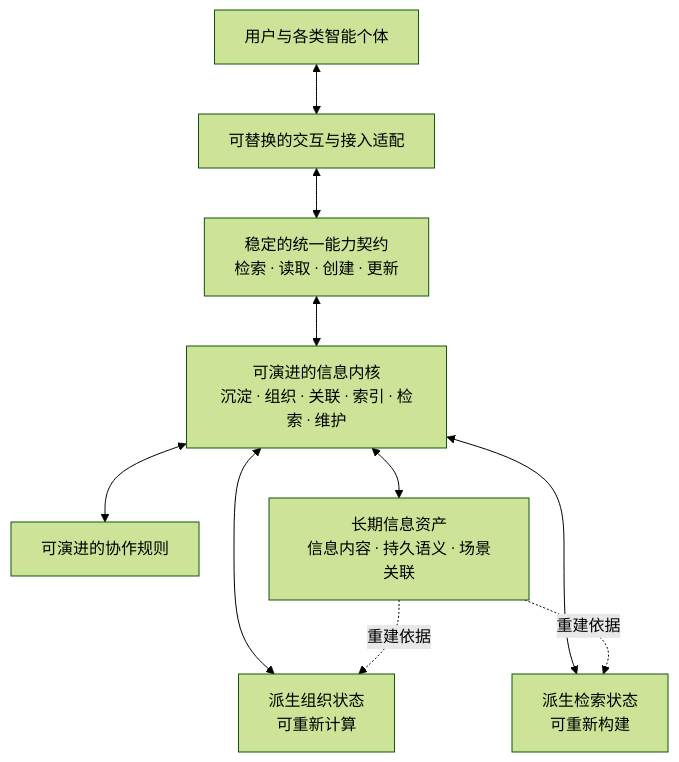
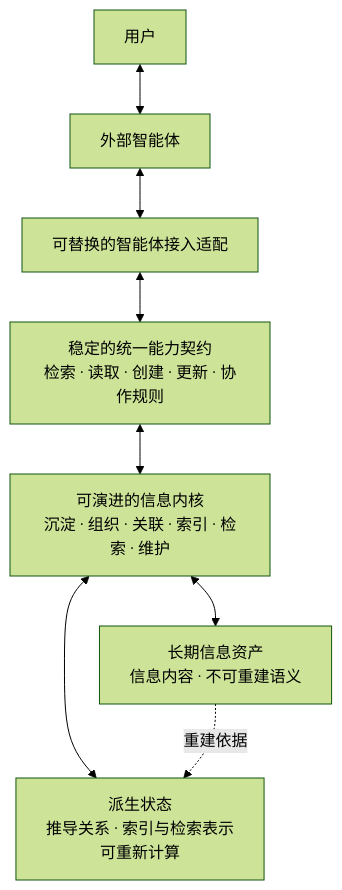
One commit to HJSunDev/ownward changed the diagram in docs/architecture/overview.md. Above: the diagram before and after it, drawn with Mermaid (forest theme). The commit also changed other lines of this file and 7 other files, not shown here.

````diff
--- a/docs/architecture/overview.md
+++ b/docs/architecture/overview.md
@@ -36,21 +38,18 @@
 ```mermaid
 flowchart TB
-    X["用户与各类智能个体"]
-    P["可替换的交互与接入适配"]
-    C["稳定的统一能力契约<br/>检索 · 读取 · 创建 · 更新"]
+    U["用户"]
+    X["外部智能体"]
+    P["可替换的智能体接入适配"]
+    C["稳定的统一能力契约<br/>检索 · 读取 · 创建 · 更新 · 协作规则"]
     K["可演进的信息内核<br/>沉淀 · 组织 · 关联 · 索引 · 检索 · 维护"]
-    G["可演进的协作规则"]
-    A["长期信息资产<br/>信息内容 · 持久语义 · 场景关联"]
-    O["派生组织状态<br/>可重新计算"]
-    R["派生检索状态<br/>可重新构建"]
+    A["长期信息资产<br/>信息内容 · 不可重建语义"]
+    D["派生状态<br/>推导关系 · 索引与检索表示<br/>可重新计算"]
 
+    U <--> X
     X <--> P
     P <--> C
     C <--> K
-    K <--> G
     K <--> A
-    K <--> O
-    K <--> R
-    A -. "重建依据" .-> O
-    A -. "重建依据" .-> R
+    K <--> D
+    A -. "重建依据" .-> D
 ```
````
